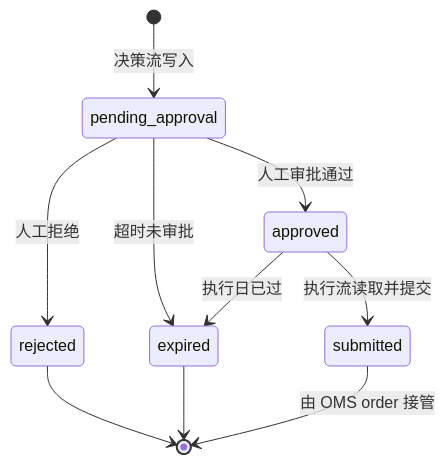
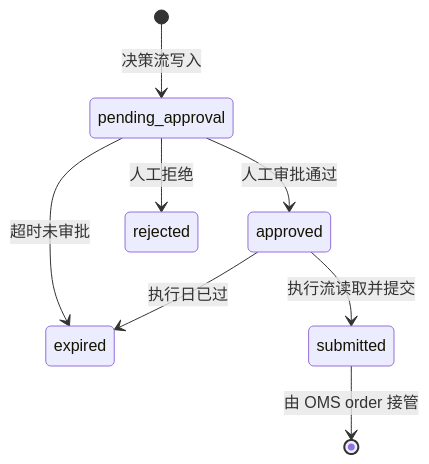
One commit to bitiany/xq-trader changed the fourth of 8 diagrams in docs/trading-system-design.md. Above: the diagram before and after it, drawn with Mermaid. The commit also changed other lines of this file and 8 other files, not shown here.

````diff
--- a/docs/trading-system-design.md
+++ b/docs/trading-system-design.md
@@ -413,12 +131,10 @@
 ```mermaid
 stateDiagram-v2
     [*] --> pending_approval: 决策流写入
     pending_approval --> approved: 人工审批通过
     pending_approval --> rejected: 人工拒绝
     pending_approval --> expired: 超时未审批
     approved --> submitted: 执行流读取并提交
     approved --> expired: 执行日已过
-    rejected --> [*]
-    expired --> [*]
     submitted --> [*]: 由 OMS order 接管
 ```
````
